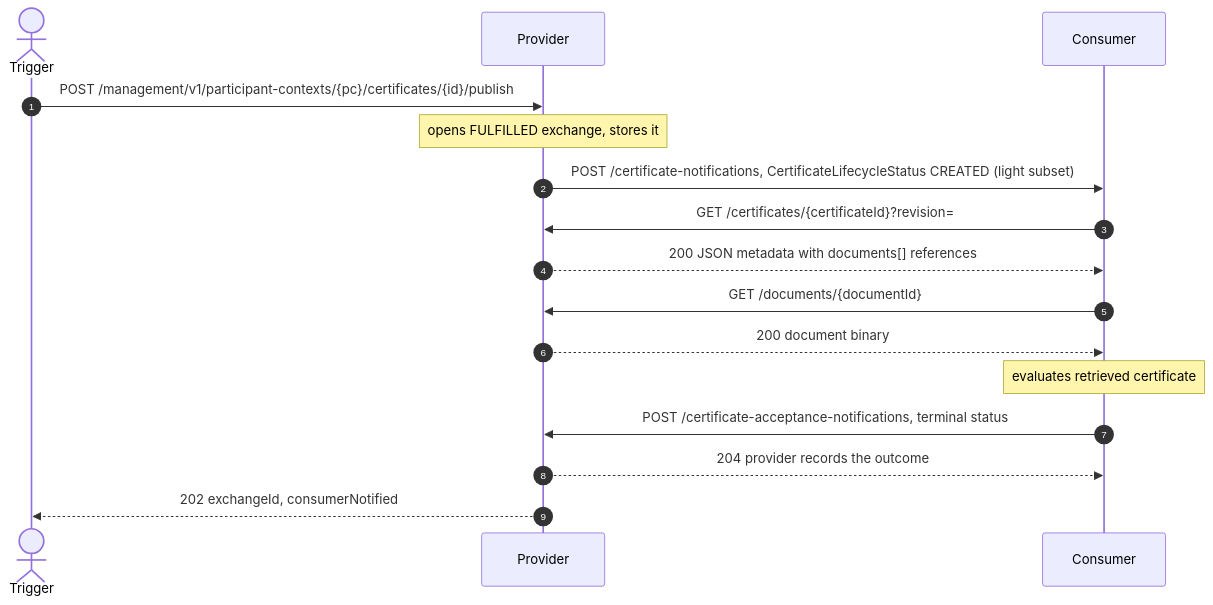
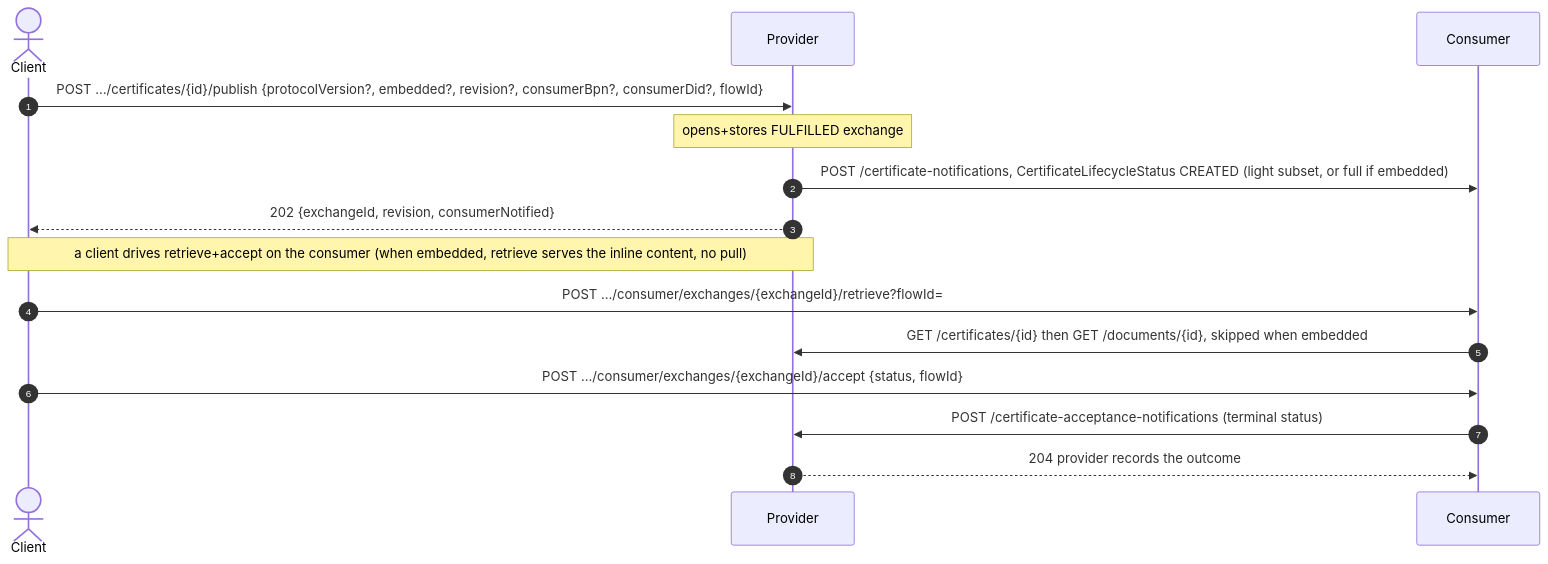
The third of 6 diagrams in docs/FLOWS.md (Metaform/certo), drawn with Mermaid before and after one commit. The commit also changed other lines of this file and 2 other files, not shown here.

````diff
--- a/docs/FLOWS.md
+++ b/docs/FLOWS.md
@@ -156,18 +143,17 @@
 ```mermaid
 sequenceDiagram
     autonumber
-    actor T as Trigger
+    actor T as Client
     participant P as Provider
     participant C as Consumer
-    T->>P: POST /management/v1/participant-contexts/{pc}/certificates/{id}/publish
-    Note over P: opens FULFILLED exchange, stores it
-    P->>C: POST /certificate-notifications, CertificateLifecycleStatus CREATED (light subset)
-    C->>P: GET /certificates/{certificateId}?revision=
-    P-->>C: 200 JSON metadata with documents[] references
-    C->>P: GET /documents/{documentId}
-    P-->>C: 200 document binary
-    Note over C: evaluates retrieved certificate
-    C->>P: POST /certificate-acceptance-notifications, terminal status
+    T->>P: POST …/certificates/{id}/publish {protocolVersion?, embedded?, revision?, consumerBpn?, consumerDid?, flowId}
+    Note over P: opens+stores FULFILLED exchange
+    P->>C: POST /certificate-notifications, CertificateLifecycleStatus CREATED (light subset, or full if embedded)
+    P-->>T: 202 {exchangeId, revision, consumerNotified}
+    Note over T,P: a client drives retrieve+accept on the consumer (when embedded, retrieve serves the inline content, no pull)
+    T->>C: POST …/consumer/exchanges/{exchangeId}/retrieve?flowId=
+    C->>P: GET /certificates/{id} then GET /documents/{id}, skipped when embedded
+    T->>C: POST …/consumer/exchanges/{exchangeId}/accept {status, flowId}
+    C->>P: POST /certificate-acceptance-notifications (terminal status)
     P-->>C: 204 provider records the outcome
-    P-->>T: 202 exchangeId, consumerNotified
 ```
````
